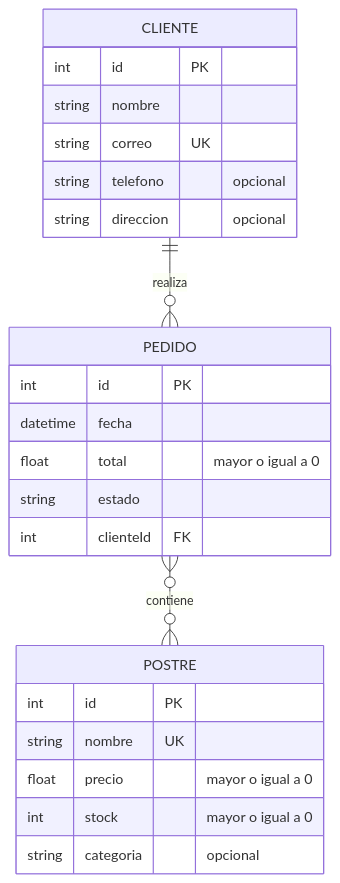
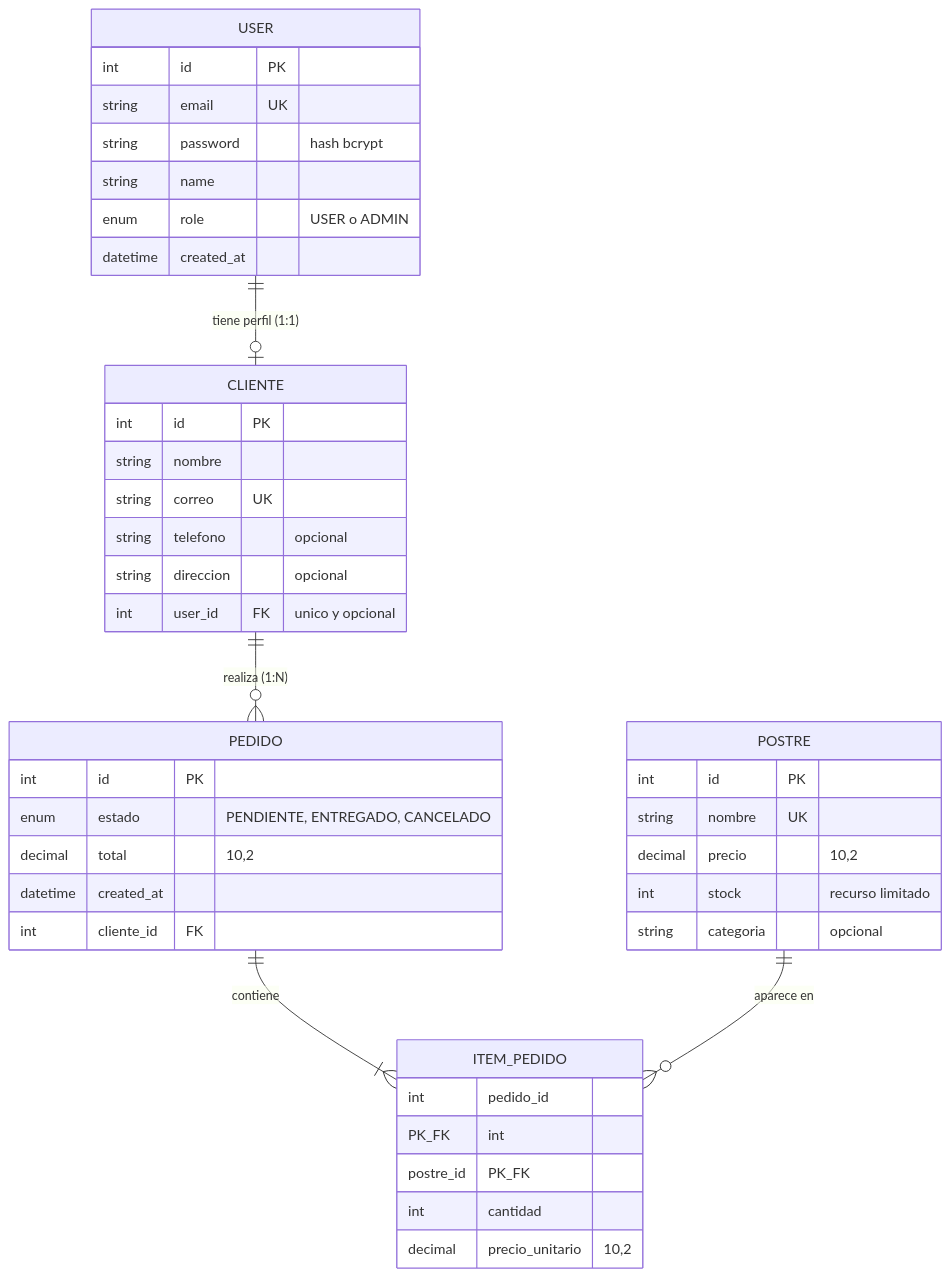
Before and after one commit to isamarmorocho/G06_Lab1_DulceHogar: the diagram in MODELO_ER.md, drawn with Mermaid. The commit also changed other lines of this file and 24 other files, not shown here.

````diff
--- a/MODELO_ER.md
+++ b/MODELO_ER.md
@@ -5,26 +8,43 @@
 ```mermaid
 erDiagram
-    CLIENTE ||--o{ PEDIDO : realiza
-    PEDIDO }o--o{ POSTRE : contiene
+    USER ||--o| CLIENTE : "tiene perfil (1:1)"
+    CLIENTE ||--o{ PEDIDO : "realiza (1:N)"
+    PEDIDO ||--|{ ITEM_PEDIDO : "contiene"
+    POSTRE ||--o{ ITEM_PEDIDO : "aparece en"
+    USER {
+        int id PK
+        string email UK
+        string password "hash bcrypt"
+        string name
+        enum role "USER o ADMIN"
+        datetime created_at
+    }
     CLIENTE {
         int id PK
         string nombre
         string correo UK
         string telefono "opcional"
         string direccion "opcional"
-    }
-    PEDIDO {
-        int id PK
-        datetime fecha
-        float total "mayor o igual a 0"
-        string estado
-        int clienteId FK
+        int user_id FK "unico y opcional"
     }
     POSTRE {
         int id PK
         string nombre UK
-        float precio "mayor o igual a 0"
-        int stock "mayor o igual a 0"
+        decimal precio "10,2"
+        int stock "recurso limitado"
         string categoria "opcional"
     }
+    PEDIDO {
+        int id PK
+        enum estado "PENDIENTE, ENTREGADO, CANCELADO"
+        decimal total "10,2"
+        datetime created_at
+        int cliente_id FK
+    }
+    ITEM_PEDIDO {
+        int pedido_id PK_FK
+        int postre_id PK_FK
+        int cantidad
+        decimal precio_unitario "10,2"
+    }
 ```
````
